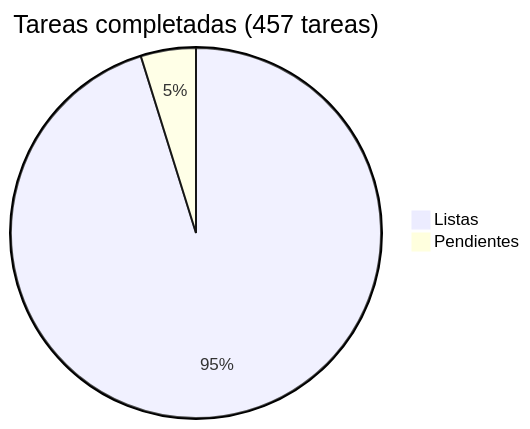
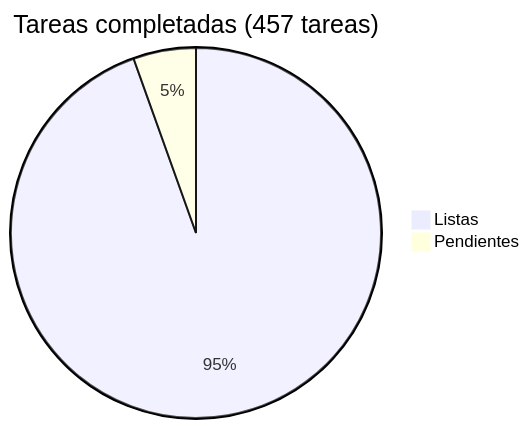
One commit to araguaney-lat/araguaney changed the diagram in docs/roadmap/README.md. Above: the diagram before and after it, drawn with Mermaid. The commit also changed other lines of this file and 20 other files, not shown here.

````diff
--- a/docs/roadmap/README.md
+++ b/docs/roadmap/README.md
@@ -5,5 +5,5 @@
 ```mermaid
 pie title Tareas completadas (457 tareas)
-    "Listas" : 435
-    "Pendientes" : 22
+    "Listas" : 432
+    "Pendientes" : 25
 ```
````
